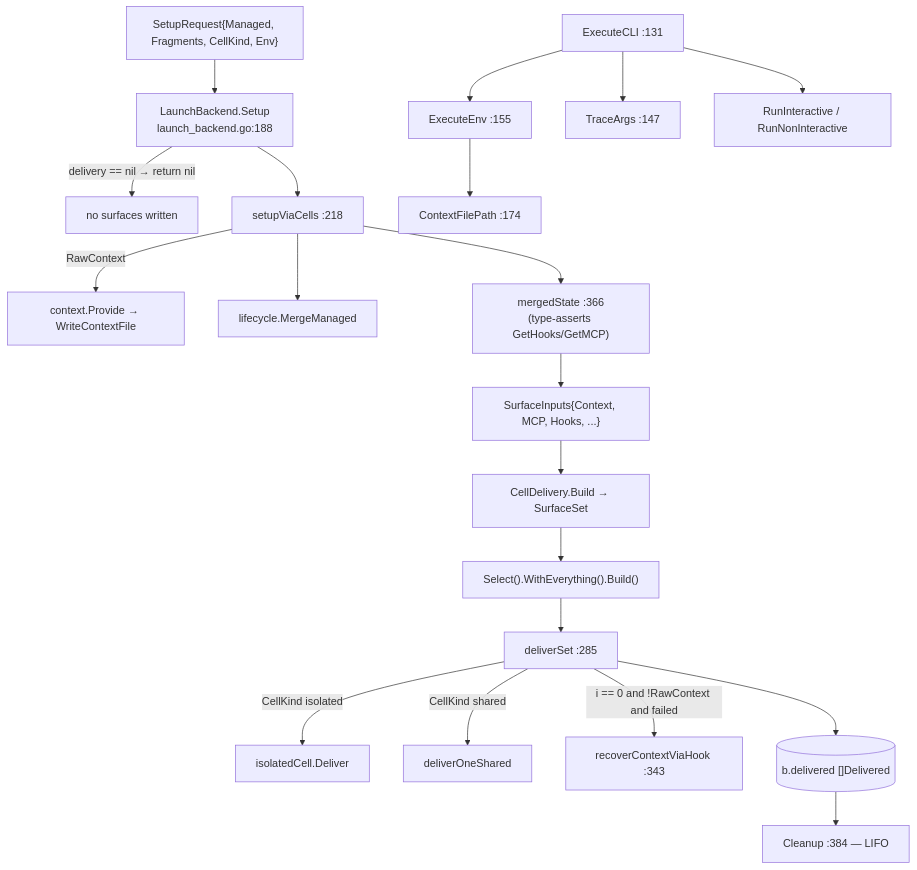
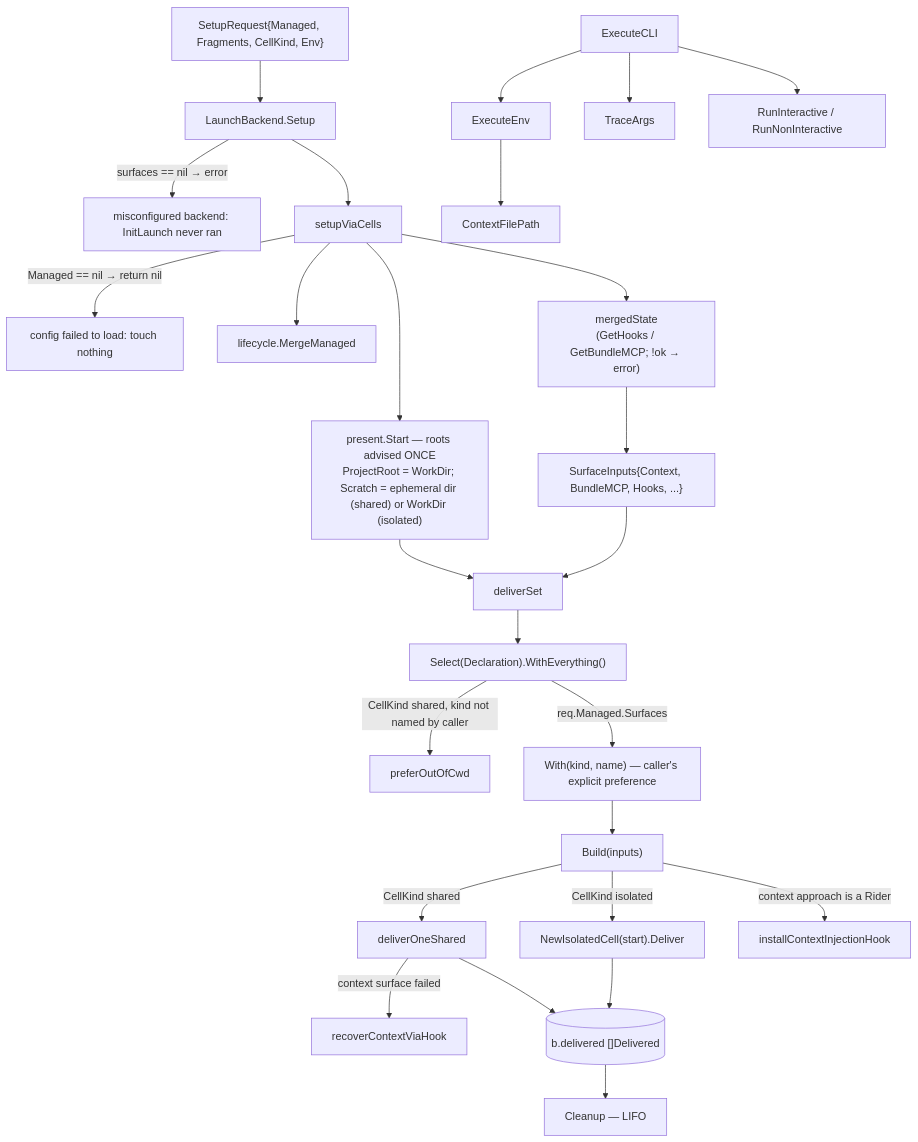
One commit to ctxloom/ctxloom changed the diagram in docs/architecture/shared/agent-launch-lifecycle.md. Above: the diagram before and after it, drawn with Mermaid. The commit also changed other lines of this file, not shown here.

First line of the commit message:
docs(agent): launch lifecycle delivers from the engine's Declaration

````diff
--- a/docs/architecture/shared/agent-launch-lifecycle.md
+++ b/docs/architecture/shared/agent-launch-lifecycle.md
@@ -5,23 +14,29 @@
 ```mermaid
 flowchart TD
-  SR["SetupRequest{Managed, Fragments, CellKind, Env}"] --> SETUP["LaunchBackend.Setup<br/>launch_backend.go:188"]
-  SETUP -->|"delivery == nil → return nil"| NOOP["no surfaces written"]
-  SETUP --> SVC["setupViaCells :218"]
-  SVC -->|"RawContext"| PROV["context.Provide → WriteContextFile"]
+  SR["SetupRequest{Managed, Fragments, CellKind, Env}"] --> SETUP["LaunchBackend.Setup"]
+  SETUP -->|"surfaces == nil → error"| MISCONF["misconfigured backend: InitLaunch never ran"]
+  SETUP --> SVC["setupViaCells"]
+  SVC -->|"Managed == nil → return nil"| DEGRADED["config failed to load: touch nothing"]
   SVC --> MM["lifecycle.MergeManaged"]
-  SVC --> MS["mergedState :366<br/>(type-asserts GetHooks/GetMCP)"]
-  MS --> INPUTS["SurfaceInputs{Context, MCP, Hooks, ...}"]
-  INPUTS --> BUILD["CellDelivery.Build → SurfaceSet"]
-  BUILD --> SEL["Select().WithEverything().Build()"]
-  SEL --> DS["deliverSet :285"]
-  DS -->|"CellKind isolated"| CELL["isolatedCell.Deliver"]
-  DS -->|"CellKind shared"| SHARED["deliverOneShared"]
-  DS -->|"i == 0 and !RawContext and failed"| REC["recoverContextViaHook :343"]
-  DS --> HANDLES[("b.delivered []Delivered")]
-  HANDLES --> CLEAN["Cleanup :384 — LIFO"]
+  SVC --> MS["mergedState<br/>(GetHooks / GetBundleMCP; !ok → error)"]
+  MS --> INPUTS["SurfaceInputs{Context, BundleMCP, Hooks, ...}"]
+  SVC --> START["present.Start — roots advised ONCE<br/>ProjectRoot = WorkDir; Scratch = ephemeral dir (shared) or WorkDir (isolated)"]
+  INPUTS --> DS["deliverSet"]
+  START --> DS
+  DS --> SEL["Select(Declaration).WithEverything()"]
+  SEL -->|"CellKind shared, kind not named by caller"| PREF["preferOutOfCwd"]
+  SEL -->|"req.Managed.Surfaces"| WITH["With(kind, name) — caller's explicit preference"]
+  WITH --> BUILD["Build(inputs)"]
+  BUILD -->|"CellKind isolated"| CELL["NewIsolatedCell(start).Deliver"]
+  BUILD -->|"CellKind shared"| SHARED["deliverOneShared"]
+  SHARED -->|"context surface failed"| REC["recoverContextViaHook"]
+  BUILD -->|"context approach is a Rider"| HOOK["installContextInjectionHook"]
+  CELL --> HANDLES[("b.delivered []Delivered")]
+  SHARED --> HANDLES
+  HANDLES --> CLEAN["Cleanup — LIFO"]
 
-  EXEC["ExecuteCLI :131"] --> ENV["ExecuteEnv :155"]
-  ENV --> CFP["ContextFilePath :174"]
-  EXEC --> TRACE["TraceArgs :147"]
+  EXEC["ExecuteCLI"] --> ENV["ExecuteEnv"]
+  ENV --> CFP["ContextFilePath"]
+  EXEC --> TRACE["TraceArgs"]
   EXEC --> RUN["RunInteractive / RunNonInteractive"]
 ```
````
